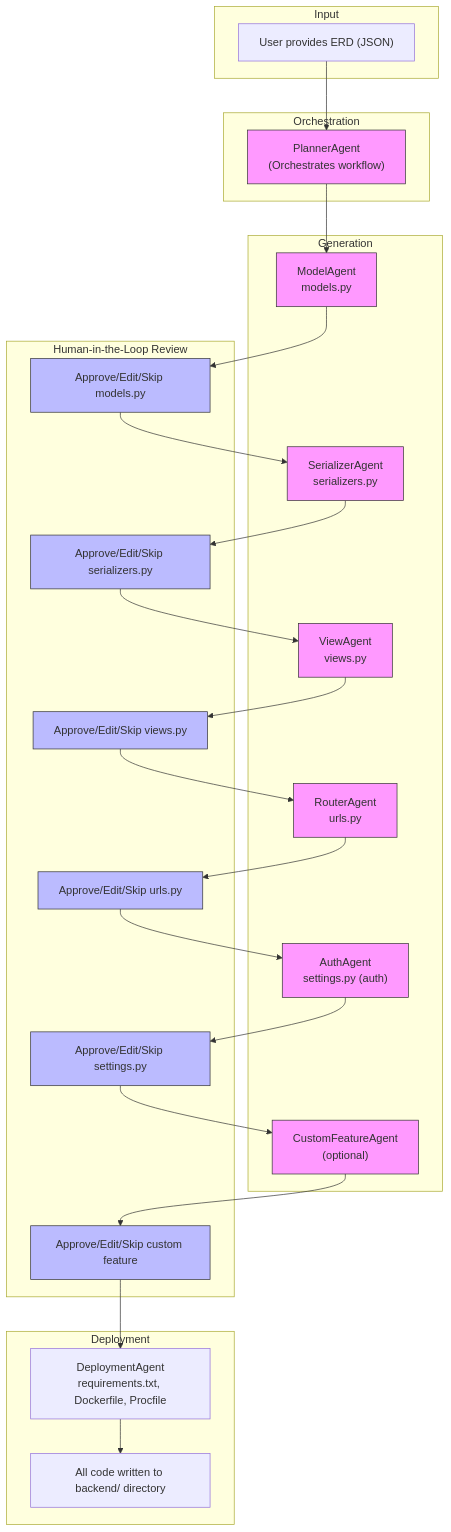
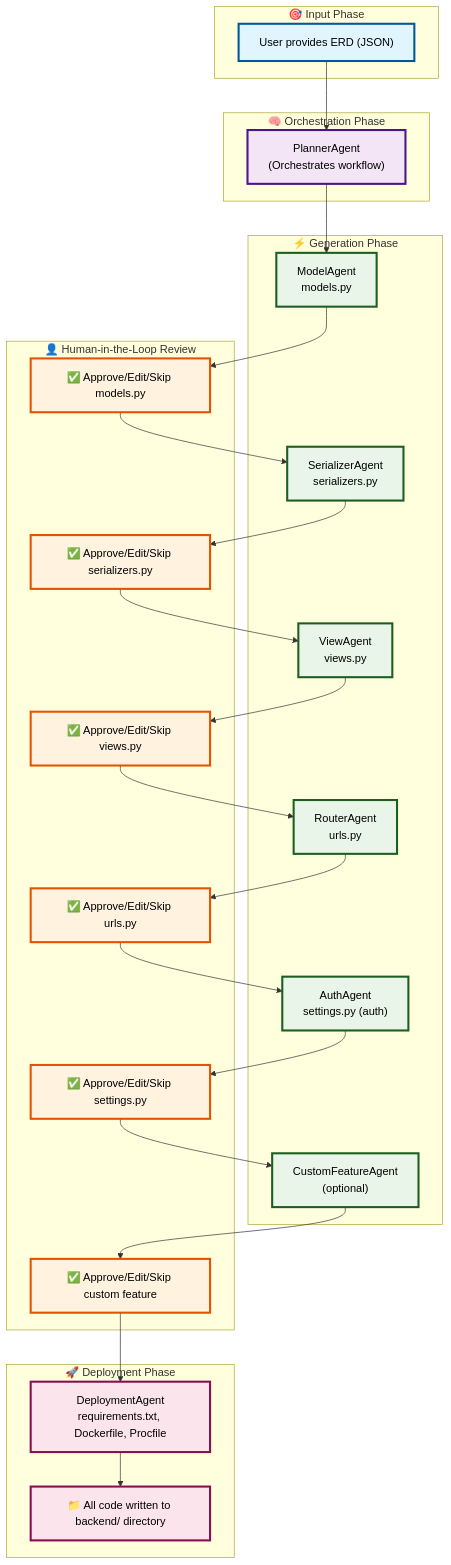
Before and after one commit to MohibShaikh/Agentic-Django-Backend-Generator: the diagram in README.md, drawn with Mermaid.

Commit message:
Improve Mermaid diagram with professional styling and high contrast colors

````diff
--- a/README.md
+++ b/README.md
@@ -46,48 +46,55 @@
 ```mermaid
 flowchart TD
-    subgraph Input
+    subgraph Input["🎯 Input Phase"]
         A["User provides ERD (JSON)"]
     end
 
-    subgraph Orchestration
+    subgraph Orchestration["🧠 Orchestration Phase"]
         B["PlannerAgent<br/>(Orchestrates workflow)"]
     end
 
-    subgraph Generation
+    subgraph Generation["⚡ Generation Phase"]
         C1["ModelAgent<br/>models.py"]
         C2["SerializerAgent<br/>serializers.py"]
         C3["ViewAgent<br/>views.py"]
         C4["RouterAgent<br/>urls.py"]
         C5["AuthAgent<br/>settings.py (auth)"]
         C6["CustomFeatureAgent<br/>(optional)"]
     end
 
-    subgraph HITL_Review["Human-in-the-Loop Review"]
-        D1["Approve/Edit/Skip models.py"]
-        D2["Approve/Edit/Skip serializers.py"]
-        D3["Approve/Edit/Skip views.py"]
-        D4["Approve/Edit/Skip urls.py"]
-        D5["Approve/Edit/Skip settings.py"]
-        D6["Approve/Edit/Skip custom feature"]
+    subgraph HITL_Review["👤 Human-in-the-Loop Review"]
+        D1["✅ Approve/Edit/Skip models.py"]
+        D2["✅ Approve/Edit/Skip serializers.py"]
+        D3["✅ Approve/Edit/Skip views.py"]
+        D4["✅ Approve/Edit/Skip urls.py"]
+        D5["✅ Approve/Edit/Skip settings.py"]
+        D6["✅ Approve/Edit/Skip custom feature"]
     end
 
-    subgraph Deployment
+    subgraph Deployment["🚀 Deployment Phase"]
         E["DeploymentAgent<br/>requirements.txt, Dockerfile, Procfile"]
-        F["All code written to backend/ directory"]
+        F["📁 All code written to backend/ directory"]
     end
 
     A --> B
     B --> C1 --> D1
     D1 --> C2 --> D2
     D2 --> C3 --> D3
     D3 --> C4 --> D4
     D4 --> C5 --> D5
     D5 --> C6 --> D6
     D6 --> E --> F
 
-    %% Styling
-    classDef agent fill:#f9f,stroke:#333,stroke-width:1px;
-    classDef hitl fill:#bbf,stroke:#333,stroke-width:1px;
-    class B,C1,C2,C3,C4,C5,C6 agent;
-    class D1,D2,D3,D4,D5,D6 hitl;
+    %% Professional Styling with High Contrast
+    classDef inputNode fill:#e1f5fe,stroke:#01579b,stroke-width:3px,color:#000;
+    classDef orchestrationNode fill:#f3e5f5,stroke:#4a148c,stroke-width:3px,color:#000;
+    classDef agentNode fill:#e8f5e8,stroke:#1b5e20,stroke-width:3px,color:#000;
+    classDef hitlNode fill:#fff3e0,stroke:#e65100,stroke-width:3px,color:#000;
+    classDef deployNode fill:#fce4ec,stroke:#880e4f,stroke-width:3px,color:#000;
+    
+    class A inputNode;
+    class B orchestrationNode;
+    class C1,C2,C3,C4,C5,C6 agentNode;
+    class D1,D2,D3,D4,D5,D6 hitlNode;
+    class E,F deployNode;
 ```
````
